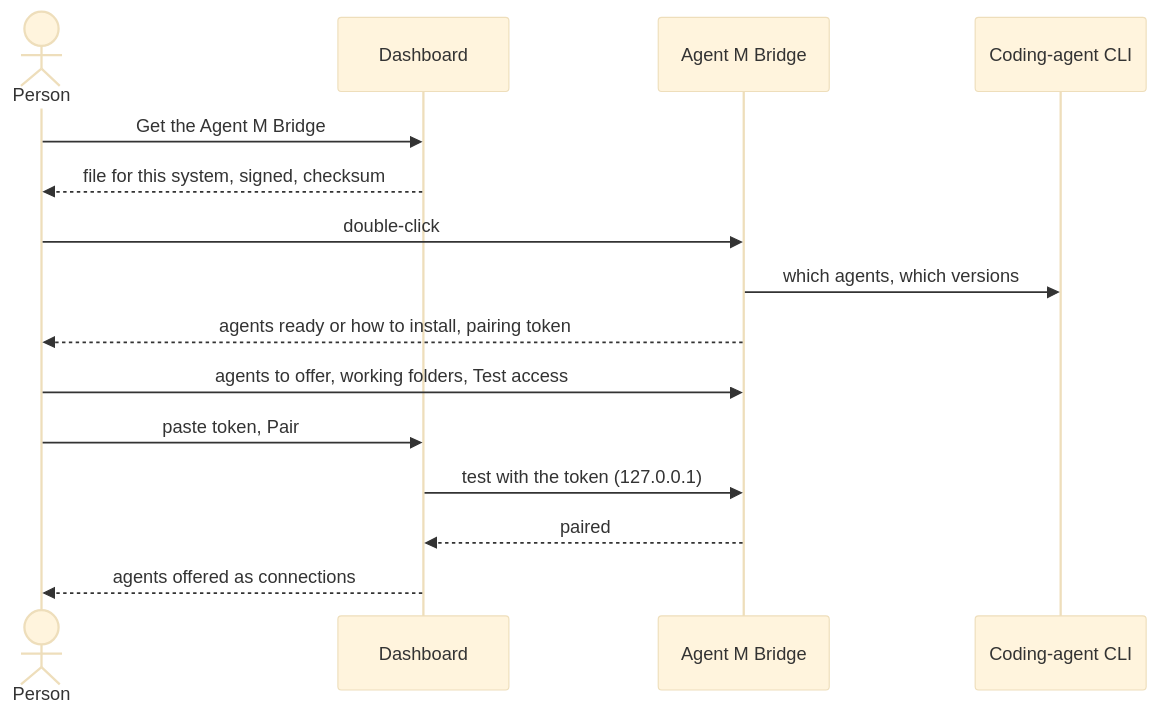
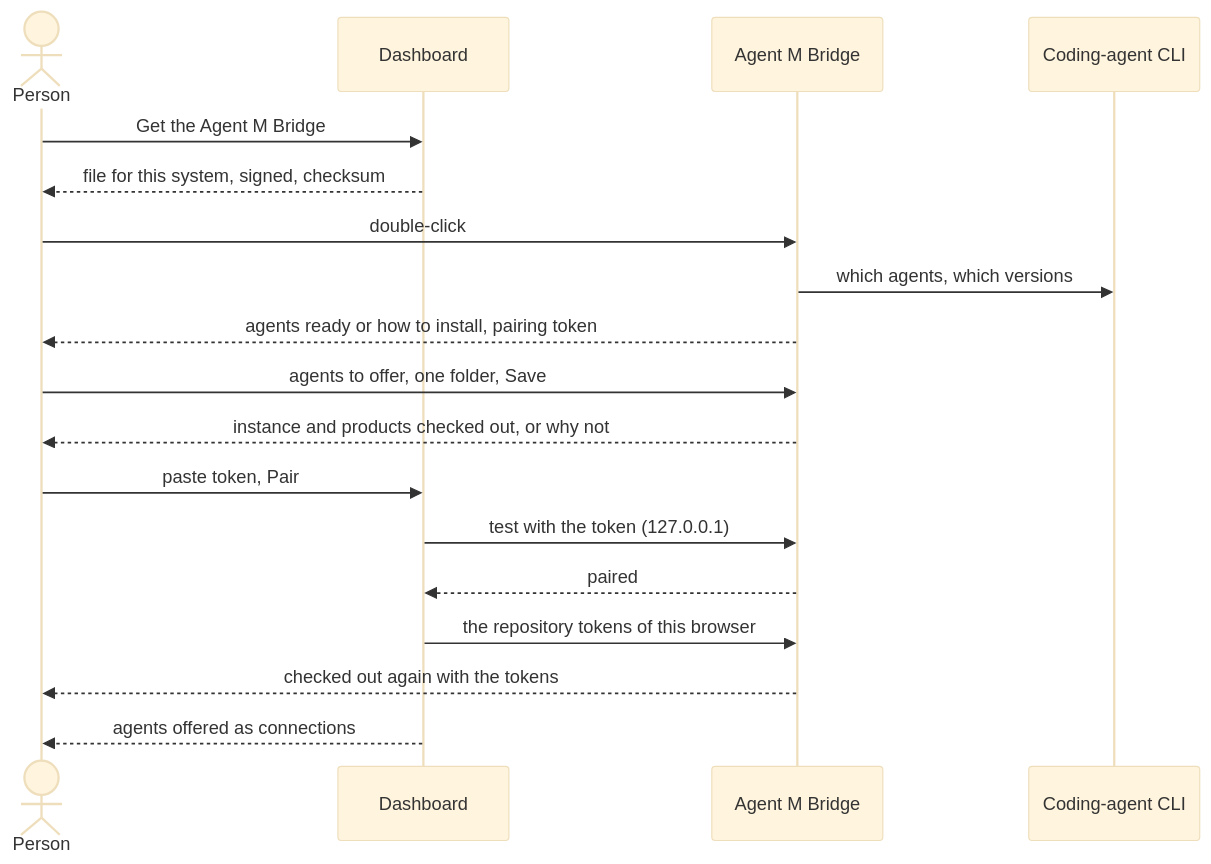
One commit to akmaier/agent-m changed the diagram in docs/use-cases/UC-044-install-and-pair-the-bridge.md. Above: the diagram before and after it, drawn with Mermaid (base theme). The commit also changed other lines of this file and 18 other files, not shown here.

````diff
--- a/docs/use-cases/UC-044-install-and-pair-the-bridge.md
+++ b/docs/use-cases/UC-044-install-and-pair-the-bridge.md
@@ -93,17 +106,20 @@
 ```mermaid
 sequenceDiagram
     actor P as Person
     participant D as Dashboard
     participant B as Agent M Bridge
     participant C as Coding-agent CLI
     P->>D: Get the Agent M Bridge
     D-->>P: file for this system, signed, checksum
     P->>B: double-click
     B->>C: which agents, which versions
     B-->>P: agents ready or how to install, pairing token
-    P->>B: agents to offer, working folders, Test access
+    P->>B: agents to offer, one folder, Save
+    B-->>P: instance and products checked out, or why not
     P->>D: paste token, Pair
     D->>B: test with the token (127.0.0.1)
     B-->>D: paired
+    D->>B: the repository tokens of this browser
+    B-->>P: checked out again with the tokens
     D-->>P: agents offered as connections
 ```
````
